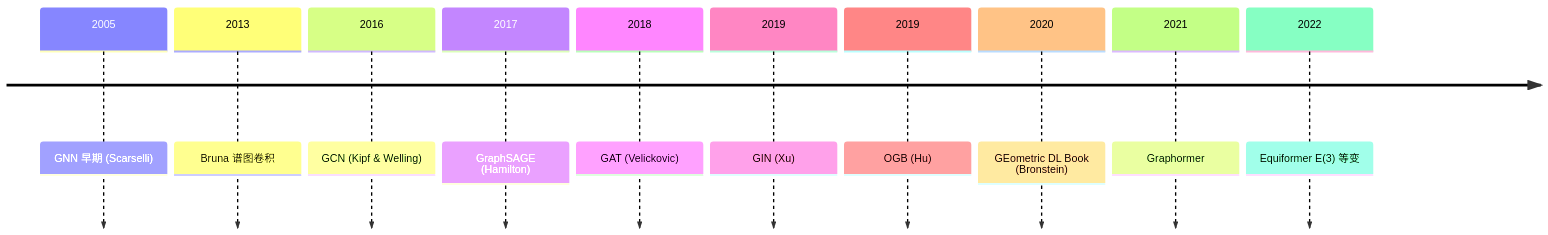
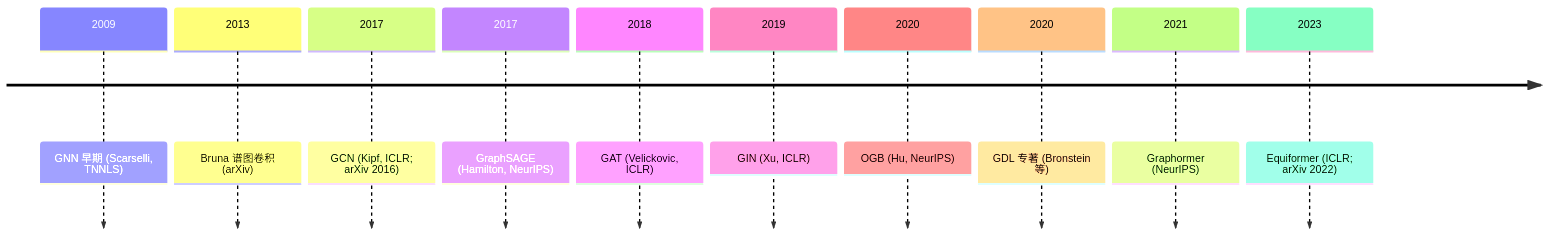
The third of 5 diagrams in zh/教辅/思维导图/第12章.md (godlockin/maths-cs-ai-compendium), drawn with Mermaid before and after one commit. The commit also changed other lines of this file and 9 other files, not shown here.

````diff
--- a/zh/教辅/思维导图/第12章.md
+++ b/zh/教辅/思维导图/第12章.md
@@ -198,13 +198,13 @@
 ```mermaid
 timeline
-    2005 : GNN 早期 (Scarselli)
-    2013 : Bruna 谱图卷积
-    2016 : GCN (Kipf & Welling)
-    2017 : GraphSAGE (Hamilton)
-    2018 : GAT (Velickovic)
-    2019 : GIN (Xu)
-    2019 : OGB (Hu)
-    2020 : GEometric DL Book (Bronstein)
-    2021 : Graphormer
-    2022 : Equiformer E(3) 等变
+    2009 : GNN 早期 (Scarselli, TNNLS)
+    2013 : Bruna 谱图卷积 (arXiv)
+    2017 : GCN (Kipf, ICLR; arXiv 2016)
+    2017 : GraphSAGE (Hamilton, NeurIPS)
+    2018 : GAT (Velickovic, ICLR)
+    2019 : GIN (Xu, ICLR)
+    2020 : OGB (Hu, NeurIPS)
+    2020 : GDL 专著 (Bronstein 等)
+    2021 : Graphormer (NeurIPS)
+    2023 : Equiformer (ICLR; arXiv 2022)
 ```
````
